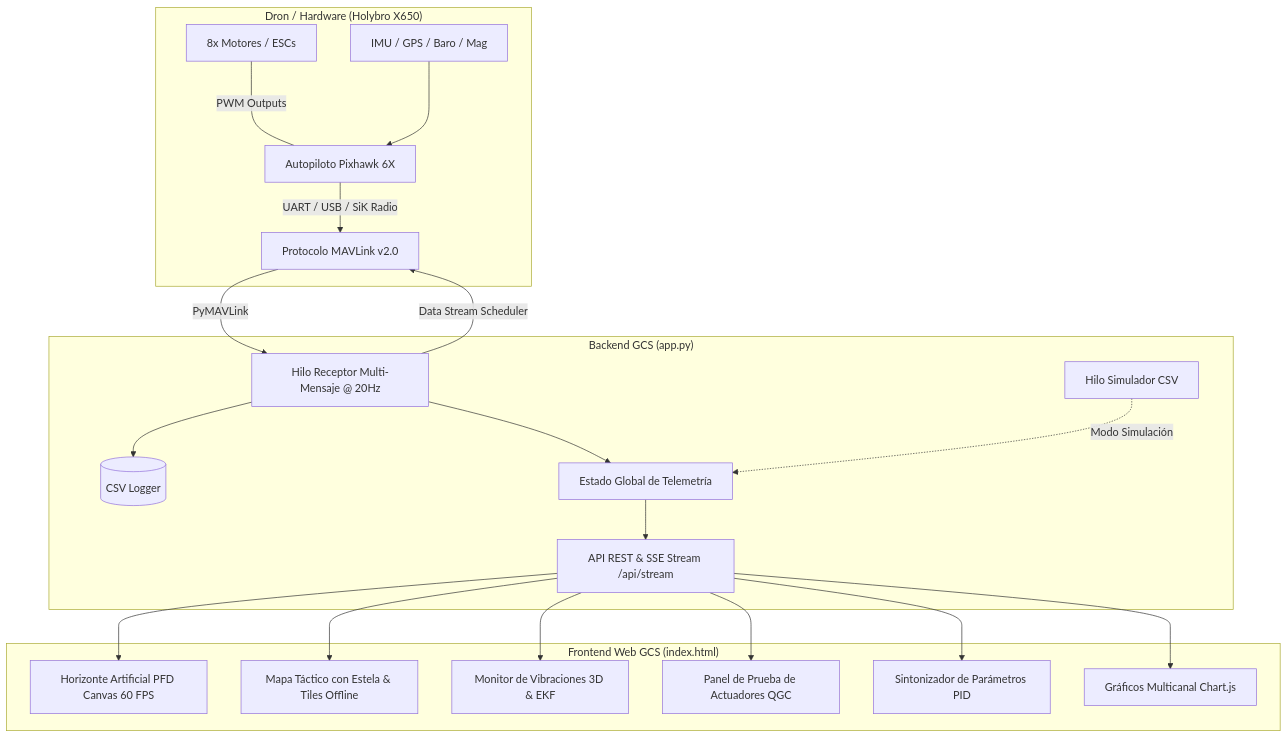
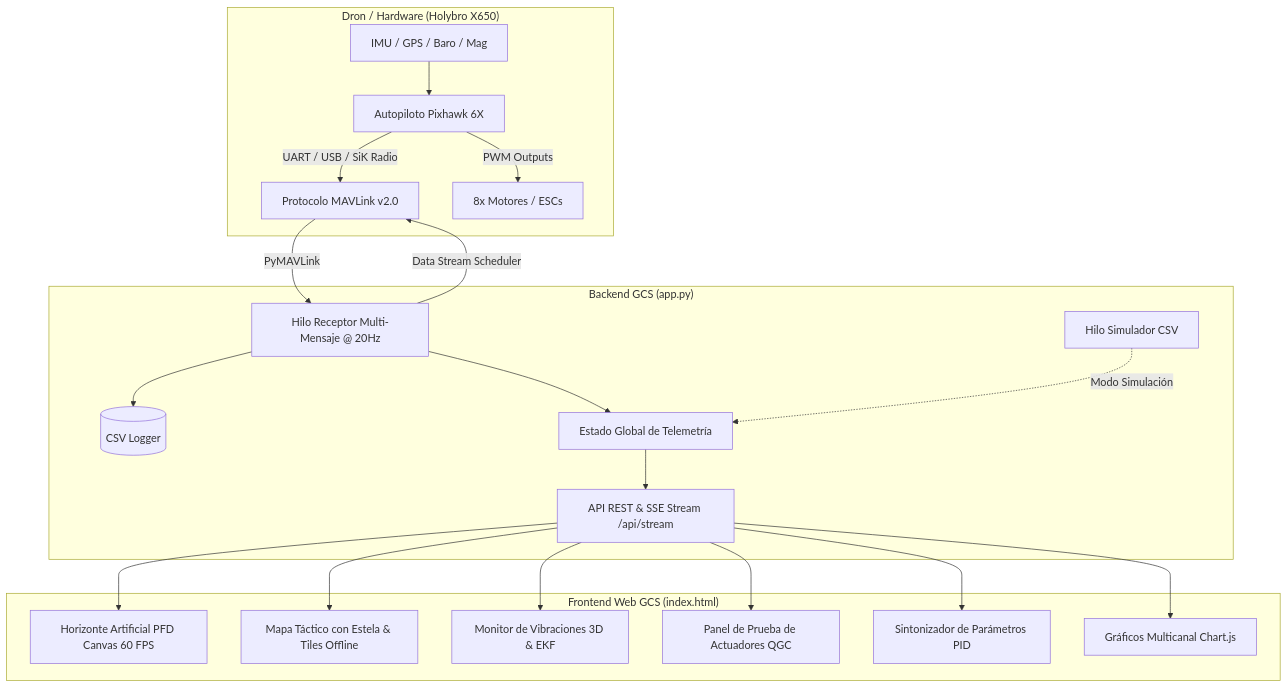
The diagram in README.md (Javiermoralesubo/Telemetria_Holybro_x650), drawn with Mermaid before and after one commit.

Commit message:
Fix diagram direction for hardware connections

````diff
--- a/README.md
+++ b/README.md
@@ -23,26 +23,26 @@
 ```mermaid
 graph TD
     subgraph "Dron / Hardware (Holybro X650)"
         PH[Autopiloto Pixhawk 6X] -->|UART / USB / SiK Radio| MAV[Protocolo MAVLink v2.0]
-        MOT[8x Motores / ESCs] <---|PWM Outputs| PH
-        SENS[IMU / GPS / Baro / Mag] ---> PH
+        PH -->|PWM Outputs| MOT[8x Motores / ESCs]
+        SENS[IMU / GPS / Baro / Mag] --> PH
     end
 
     subgraph "Backend GCS (app.py)"
         MAV -->|PyMAVLink| REC[Hilo Receptor Multi-Mensaje @ 20Hz]
         REC -->|Data Stream Scheduler| MAV
         REC --> LOG[(CSV Logger)]
         REC --> STATE[Estado Global de Telemetría]
         SIM[Hilo Simulador CSV] -.->|Modo Simulación| STATE
         STATE --> API[API REST & SSE Stream /api/stream]
     end
 
     subgraph "Frontend Web GCS (index.html)"
         API --> PFD[Horizonte Artificial PFD Canvas 60 FPS]
         API --> MAP[Mapa Táctico con Estela & Tiles Offline]
         API --> VIBE[Monitor de Vibraciones 3D & EKF]
         API --> ACT[Panel de Prueba de Actuadores QGC]
         API --> PID[Sintonizador de Parámetros PID]
         API --> CHART[Gráficos Multicanal Chart.js]
     end
 ```
````
